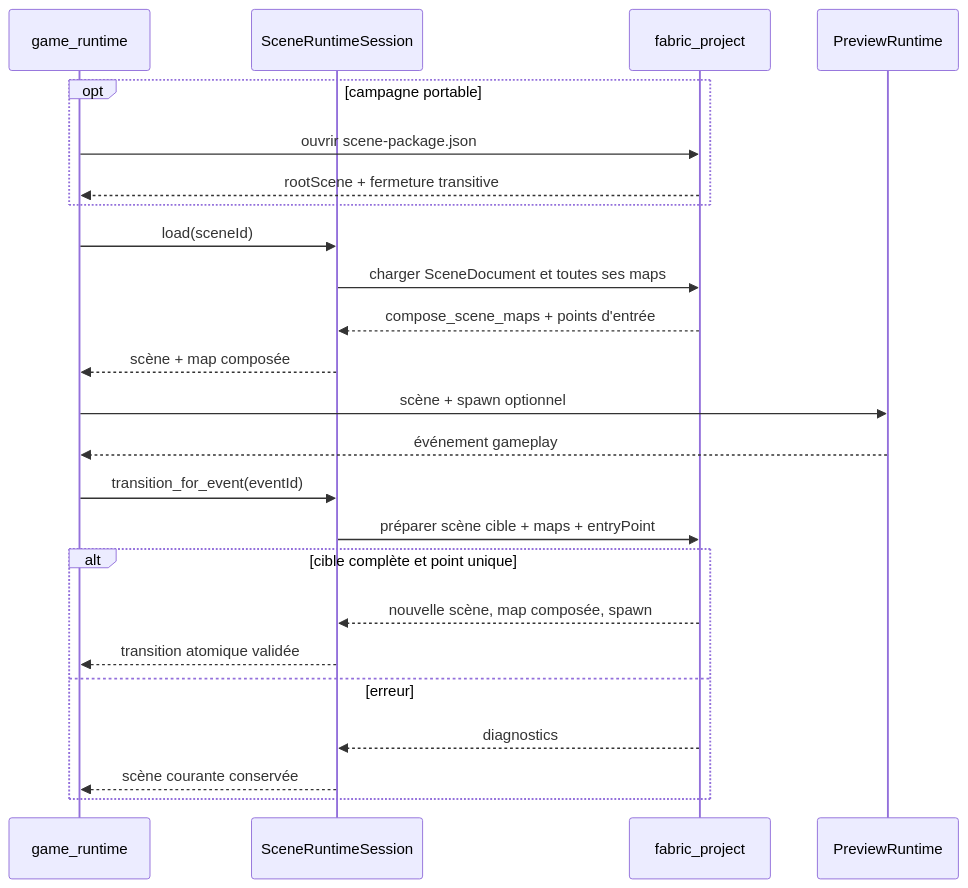
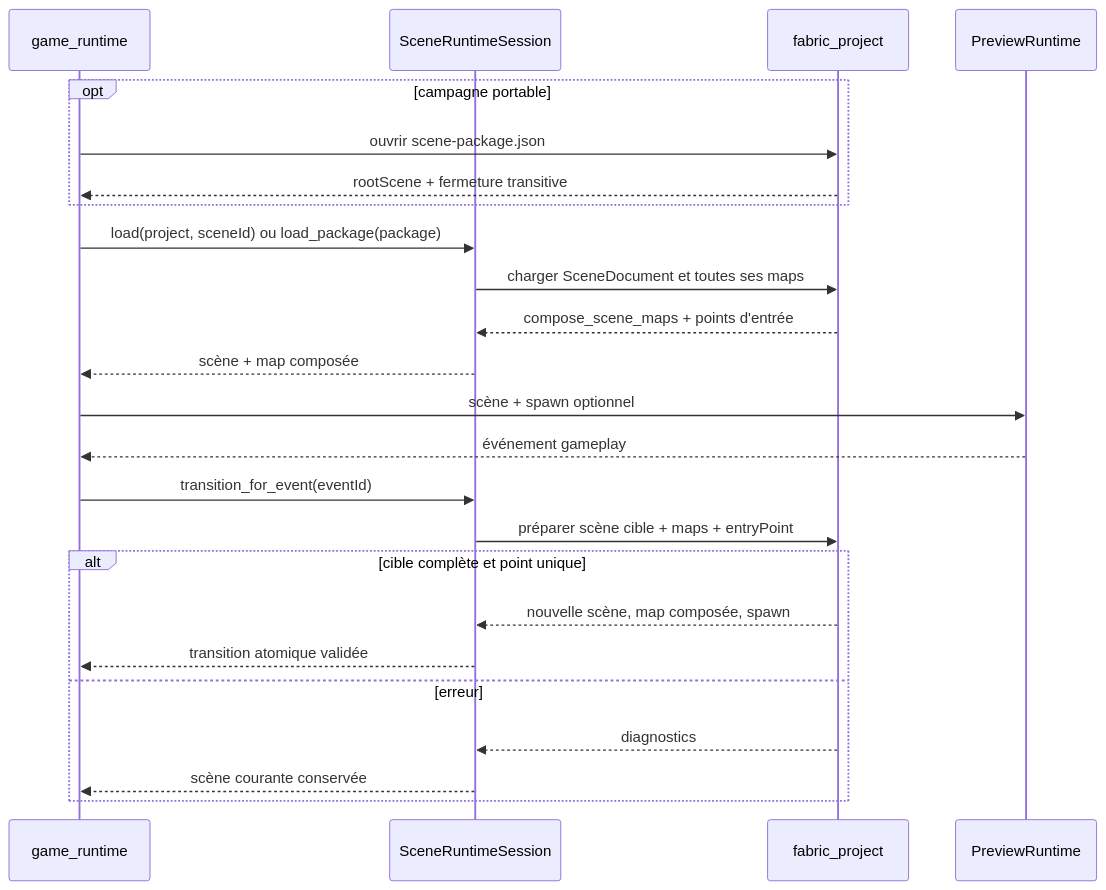
The diagram in docs/architecture/flows/scene-composition-transition.md (tristan-monticelli/vertex-loom), drawn with Mermaid before and after one commit. The commit also changed other lines of this file and 14 other files, not shown here.

Commit message:
feat(package): publish scene campaigns

````diff
--- a/docs/architecture/flows/scene-composition-transition.md
+++ b/docs/architecture/flows/scene-composition-transition.md
@@ -3,28 +3,28 @@
 ```mermaid
 sequenceDiagram
     participant Game as game_runtime
     participant Session as SceneRuntimeSession
     participant Project as fabric_project
     participant Preview as PreviewRuntime
 
     opt campagne portable
         Game->>Project: ouvrir scene-package.json
         Project-->>Game: rootScene + fermeture transitive
     end
 
-    Game->>Session: load(sceneId)
+    Game->>Session: load(project, sceneId) ou load_package(package)
     Session->>Project: charger SceneDocument et toutes ses maps
     Project-->>Session: compose_scene_maps + points d'entrée
     Session-->>Game: scène + map composée
     Game->>Preview: scène + spawn optionnel
     Preview-->>Game: événement gameplay
     Game->>Session: transition_for_event(eventId)
     Session->>Project: préparer scène cible + maps + entryPoint
     alt cible complète et point unique
         Project-->>Session: nouvelle scène, map composée, spawn
         Session-->>Game: transition atomique validée
     else erreur
         Project-->>Session: diagnostics
         Session-->>Game: scène courante conservée
     end
 ```
````
